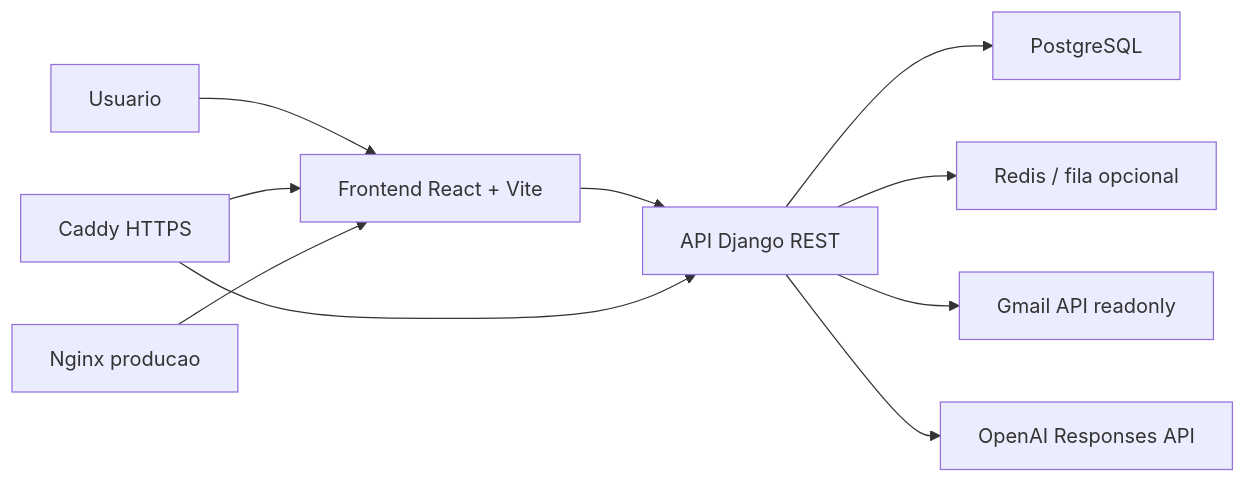
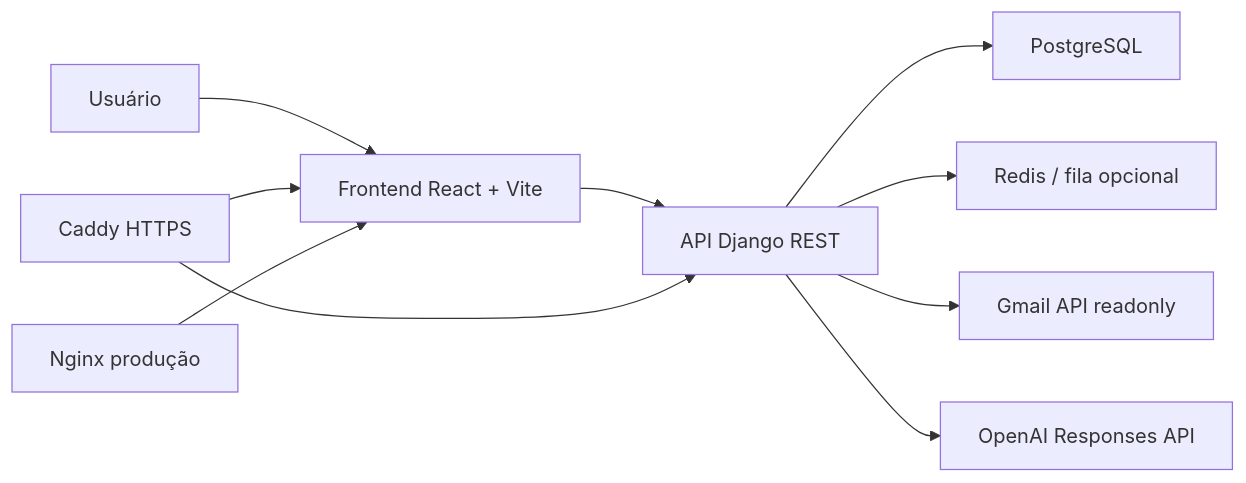
Before and after one commit to Caio893/Analisador-de-Emails: the diagram in README.md, drawn with Mermaid. The commit also changed other lines of this file, not shown here.

````diff
--- a/README.md
+++ b/README.md
@@ -37,12 +37,12 @@
 ```mermaid
 flowchart LR
-    U["Usuario"] --> F["Frontend React + Vite"]
+    U["Usuário"] --> F["Frontend React + Vite"]
     F --> A["API Django REST"]
     A --> DB["PostgreSQL"]
     A --> R["Redis / fila opcional"]
     A --> G["Gmail API readonly"]
     A --> O["OpenAI Responses API"]
     C["Caddy HTTPS"] --> F
     C --> A
-    N["Nginx producao"] --> F
+    N["Nginx produção"] --> F
 ```
````
